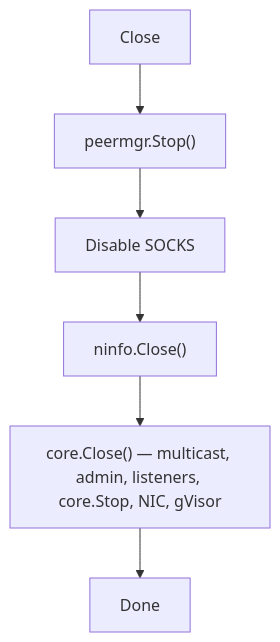
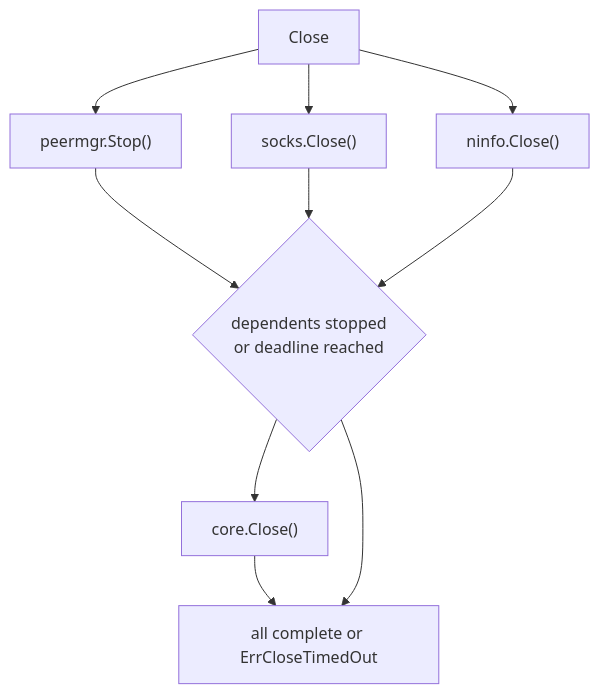
One commit to voluminor/ratatoskr changed the fifth of 6 diagrams in README.md. Above: the diagram before and after it, drawn with Mermaid. The commit also changed other lines of this file and 69 other files, not shown here.

````diff
--- a/README.md
+++ b/README.md
@@ -372,8 +379,12 @@
 ```mermaid
 flowchart TD
   Close --> PM["peermgr.Stop()"]
-  PM --> S1["Disable SOCKS"]
-  S1 --> S15["ninfo.Close()"]
-  S15 --> S2["core.Close() — multicast, admin, listeners, core.Stop, NIC, gVisor"]
-  S2 --> Done["Done"]
+  Close --> S1["socks.Close()"]
+  Close --> S15["ninfo.Close()"]
+  PM --> Gate{"dependents stopped<br/>or deadline reached"}
+  S1 --> Gate
+  S15 --> Gate
+  Gate --> S2["core.Close()"]
+  S2 --> Done
+  Gate --> Done["all complete or ErrCloseTimedOut"]
 ```
````
